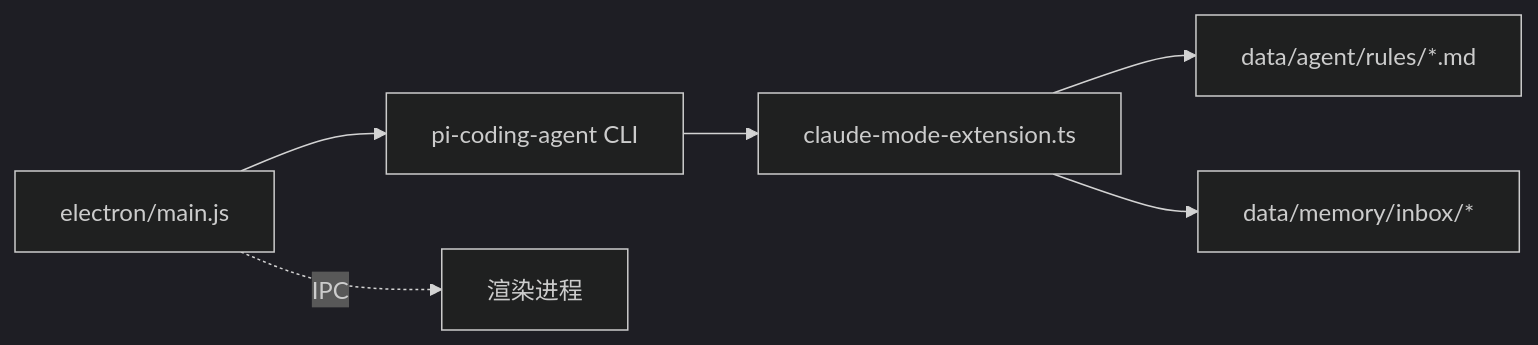
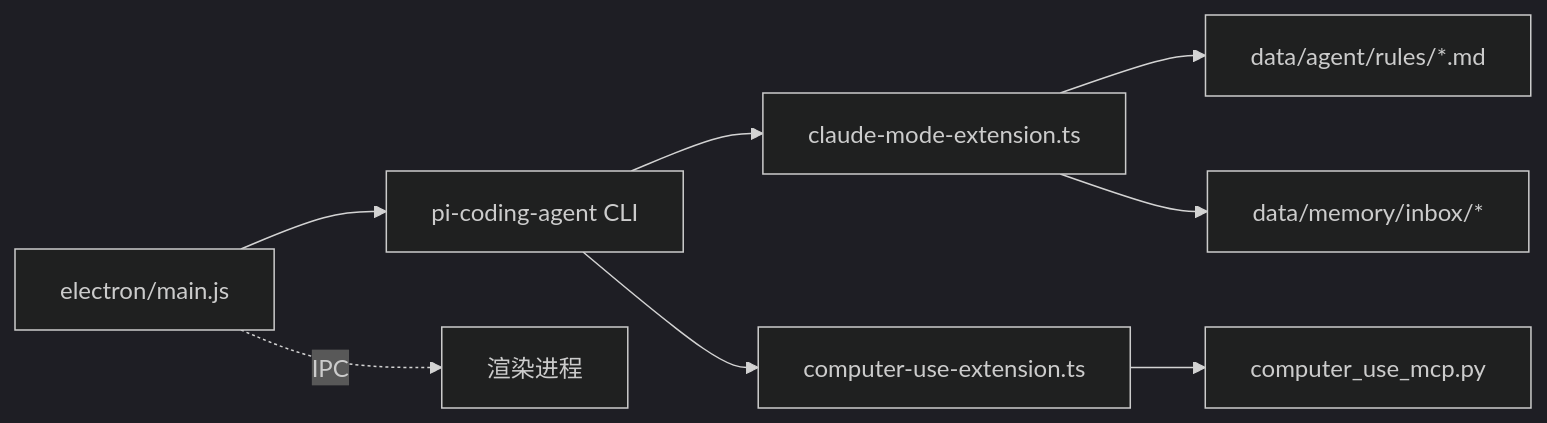
Before and after one commit to swond-Mao/Tiffa: the sixth of 6 diagrams in .qoder/repowiki/zh/content/核心架构/扩展系统.md, drawn with Mermaid (dark theme). The commit also changed other lines of this file and 24 other files, not shown here.

````diff
--- a/.qoder/repowiki/zh/content/核心架构/扩展系统.md
+++ b/.qoder/repowiki/zh/content/核心架构/扩展系统.md
@@ -256,8 +308,10 @@
 ```mermaid
 graph LR
 Main["electron/main.js"] --> CLI["pi-coding-agent CLI"]
 CLI --> Ext["claude-mode-extension.ts"]
+CLI --> CUE["computer-use-extension.ts"]
 Ext --> Rules["data/agent/rules/*.md"]
 Ext --> Inbox["data/memory/inbox/*"]
+CUE --> MCP["computer_use_mcp.py"]
 Main -. IPC .-> Renderer["渲染进程"]
 ```
````
